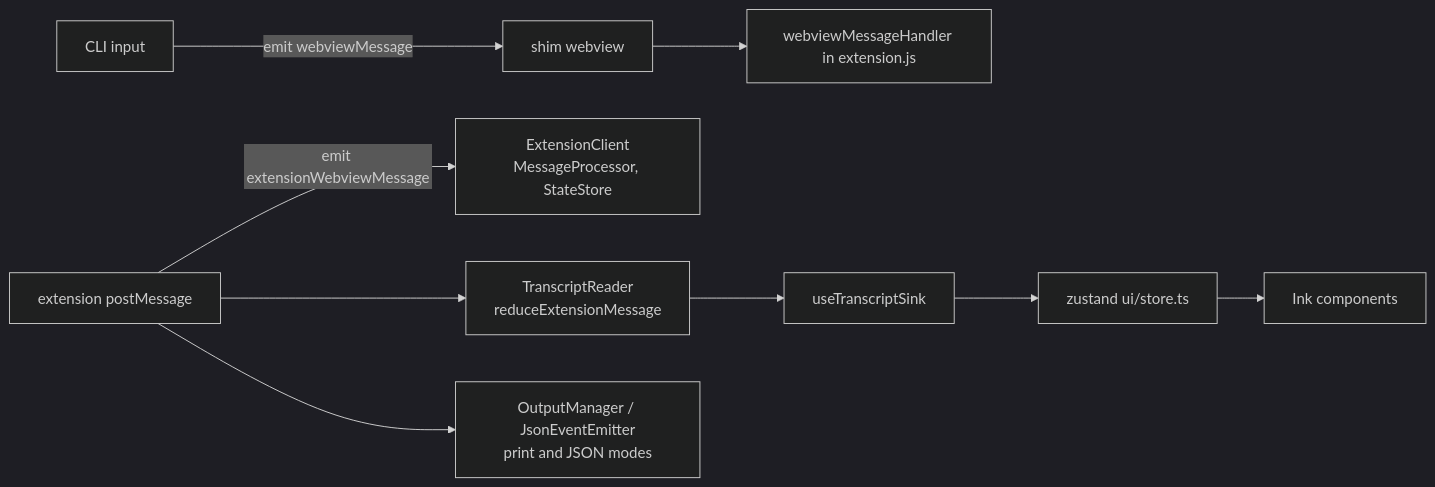
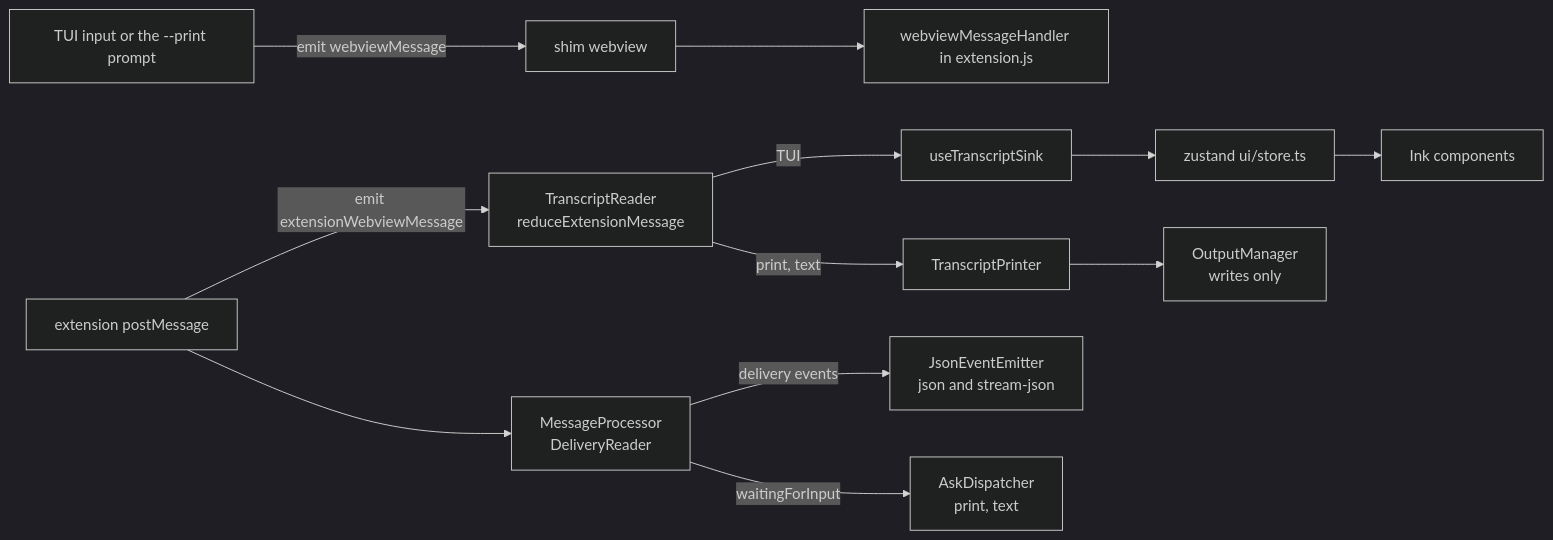
Before and after one commit to krzychdre/Tumble-Code: the second of 2 diagrams in docs/07-cli.md, drawn with Mermaid (dark theme). The commit also changed other lines of this file and 4 other files, not shown here.

First line of the commit message:
docs: fix stale claims in the architecture and CLI pages (#700)

````diff
--- a/docs/07-cli.md
+++ b/docs/07-cli.md
@@ -36,9 +38,11 @@
 ```mermaid
 flowchart LR
-  CLI[CLI input] -- "emit webviewMessage" --> SHIM[shim webview]
+  IN[TUI input or the --print prompt] -- "emit webviewMessage" --> SHIM[shim webview]
   SHIM --> WMH[webviewMessageHandler in extension.js]
-  EXT[extension postMessage] -- "emit extensionWebviewMessage" --> C1[ExtensionClient<br/>MessageProcessor, StateStore]
-  EXT --> C2[TranscriptReader<br/>reduceExtensionMessage]
-  C2 --> SINK[useTranscriptSink] --> STORE[zustand ui/store.ts] --> INK[Ink components]
-  EXT --> C3[OutputManager / JsonEventEmitter<br/>print and JSON modes]
+  EXT[extension postMessage] -- "emit extensionWebviewMessage" --> TR[TranscriptReader<br/>reduceExtensionMessage]
+  EXT --> MP[MessageProcessor<br/>DeliveryReader]
+  TR -- TUI --> SINK[useTranscriptSink] --> STORE[zustand ui/store.ts] --> INK[Ink components]
+  TR -- "print, text" --> PRN[TranscriptPrinter] --> OUT[OutputManager<br/>writes only]
+  MP -- "delivery events" --> JSON[JsonEventEmitter<br/>json and stream-json]
+  MP -- "waitingForInput" --> ASK[AskDispatcher<br/>print, text]
 ```
````
